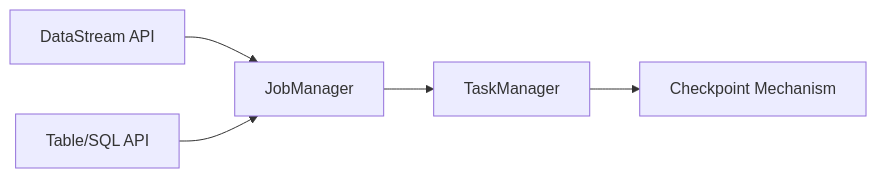
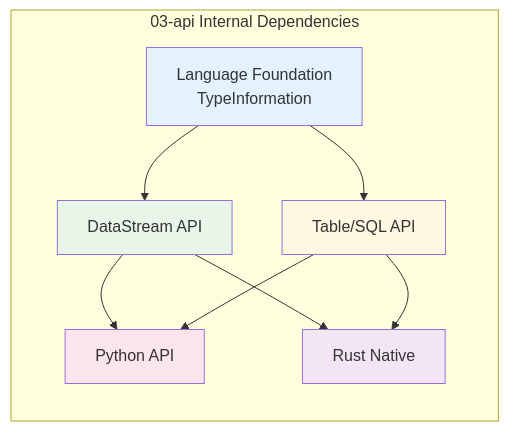
Before and after one commit to AdaMartin18010/AnalysisDataFlow: the third of 4 diagrams in i18n/en/Flink/00-FLINK-TECH-STACK-DEPENDENCY.md, drawn with Mermaid. The commit also changed other lines of this file and 96 other files, not shown here.

````diff
--- a/i18n/en/Flink/00-FLINK-TECH-STACK-DEPENDENCY.md
+++ b/i18n/en/Flink/00-FLINK-TECH-STACK-DEPENDENCY.md
@@ -153,7 +534,17 @@
 ```mermaid
 graph LR
-    A1[DataStream API] --> R1[JobManager]
-    A2[Table/SQL API] --> R1
-    R1 --> R2[TaskManager]
-    R2 --> C1[Checkpoint Mechanism]
+    subgraph APILayer["03-api Internal Dependencies"]
+        LF[Language Foundation<br/>TypeInformation] --> DS[DataStream API]
+        LF --> TS[Table/SQL API]
+        DS --> PT[Python API]
+        TS --> PT
+        DS --> RN[Rust Native]
+        TS --> RN
+    end
+
+    style LF fill:#e3f2fd
+    style DS fill:#e8f5e9
+    style TS fill:#fff8e1
+    style PT fill:#fce4ec
+    style RN fill:#f3e5f5
 ```
````
